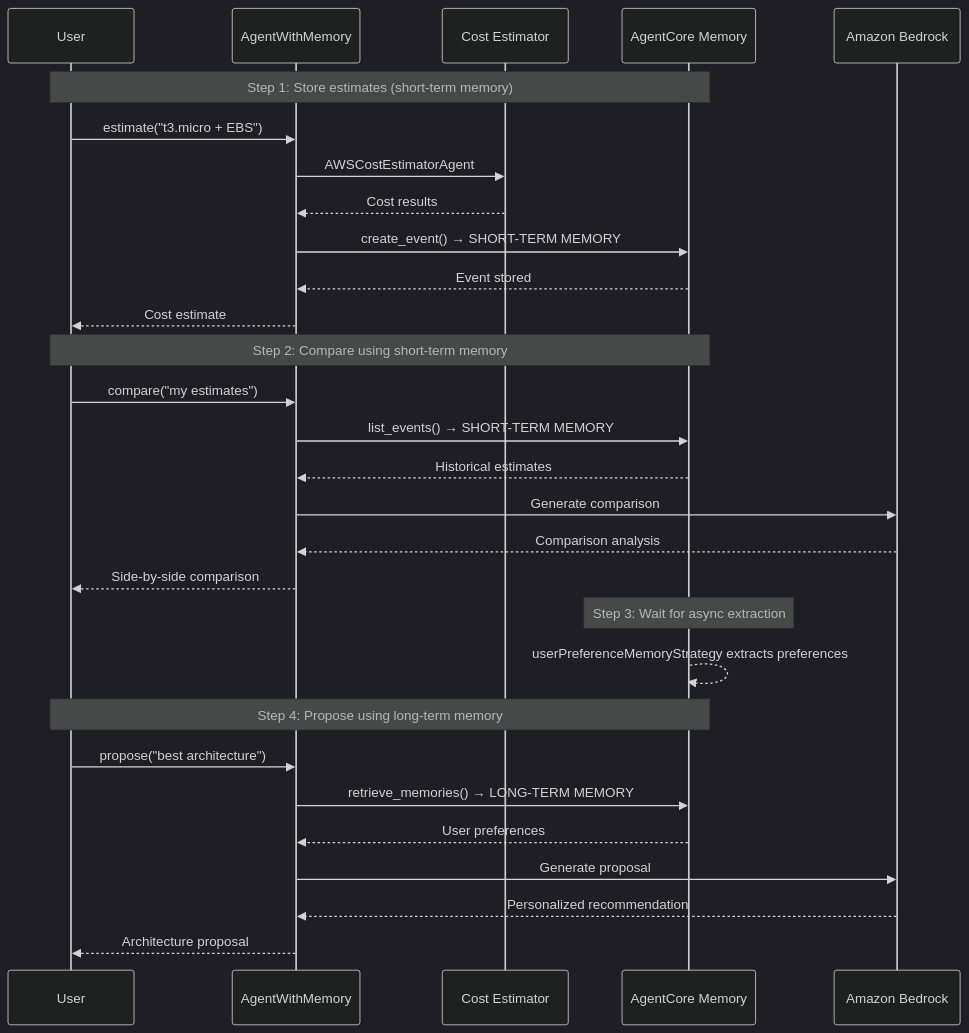
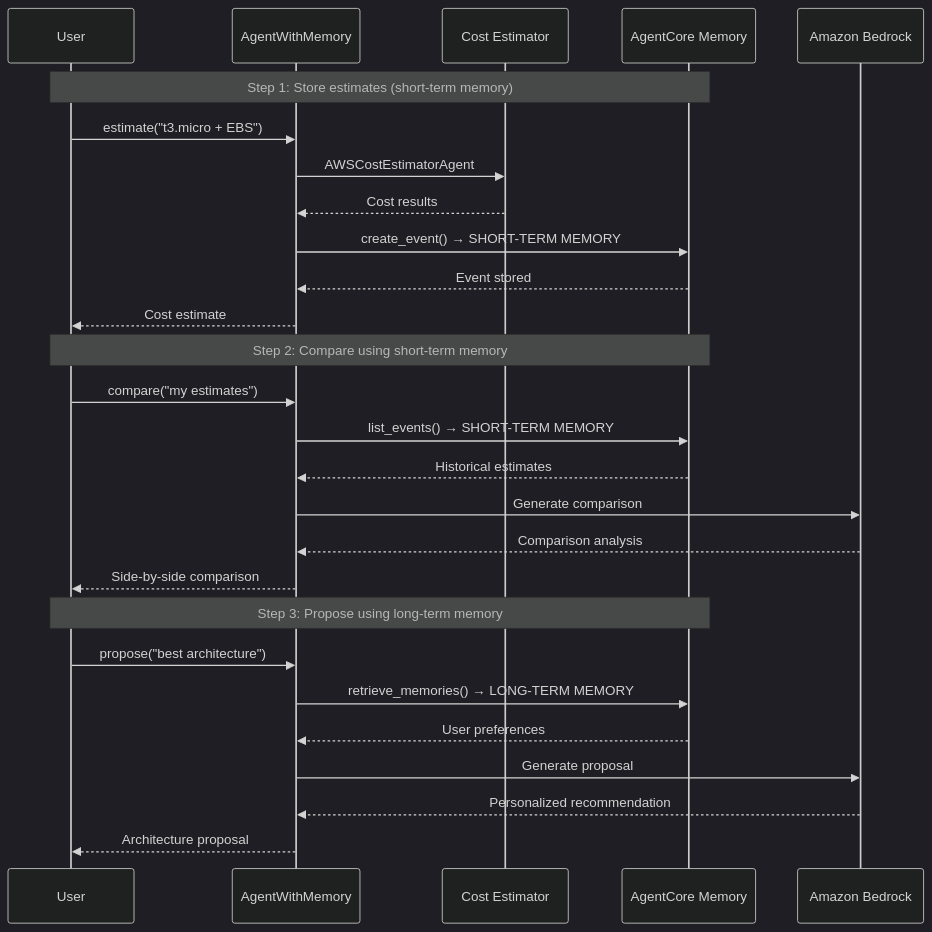
The diagram in 03_memory/README.md (aws-samples/sample-amazon-bedrock-agentcore-onboarding), drawn with Mermaid (dark theme) before and after one commit. The commit also changed other lines of this file and 1 other file, not shown here.

First line of the commit message:
Move time.sleep(60) inside propose tool, simplify to 3-step flow

````diff
--- a/03_memory/README.md
+++ b/03_memory/README.md
@@ -9,35 +9,32 @@
 ```mermaid
 sequenceDiagram
     participant User as User
     participant Agent as AgentWithMemory
     participant Estimator as Cost Estimator
     participant Memory as AgentCore Memory
     participant Bedrock as Amazon Bedrock
 
     Note over User,Memory: Step 1: Store estimates (short-term memory)
     User->>Agent: estimate("t3.micro + EBS")
     Agent->>Estimator: AWSCostEstimatorAgent
     Estimator-->>Agent: Cost results
     Agent->>Memory: create_event() → SHORT-TERM MEMORY
     Memory-->>Agent: Event stored
     Agent-->>User: Cost estimate
 
     Note over User,Memory: Step 2: Compare using short-term memory
     User->>Agent: compare("my estimates")
     Agent->>Memory: list_events() → SHORT-TERM MEMORY
     Memory-->>Agent: Historical estimates
     Agent->>Bedrock: Generate comparison
     Bedrock-->>Agent: Comparison analysis
     Agent-->>User: Side-by-side comparison
 
-    Note over Memory: Step 3: Wait for async extraction
-    Memory-->>Memory: userPreferenceMemoryStrategy extracts preferences
-
-    Note over User,Memory: Step 4: Propose using long-term memory
+    Note over User,Memory: Step 3: Propose using long-term memory
     User->>Agent: propose("best architecture")
     Agent->>Memory: retrieve_memories() → LONG-TERM MEMORY
     Memory-->>Agent: User preferences
     Agent->>Bedrock: Generate proposal
     Bedrock-->>Agent: Personalized recommendation
     Agent-->>User: Architecture proposal
 ```
````
